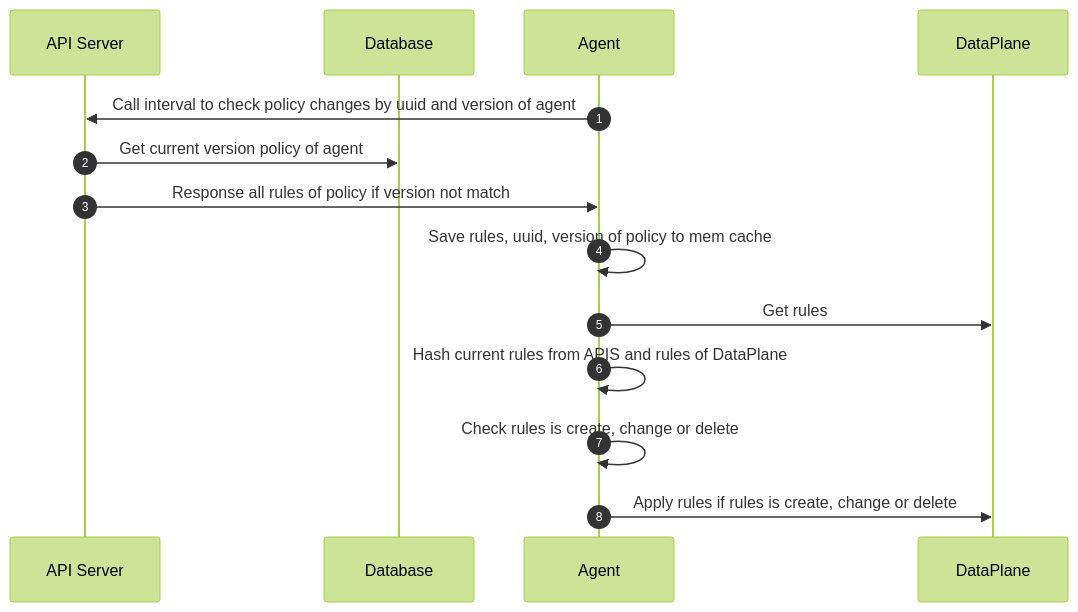
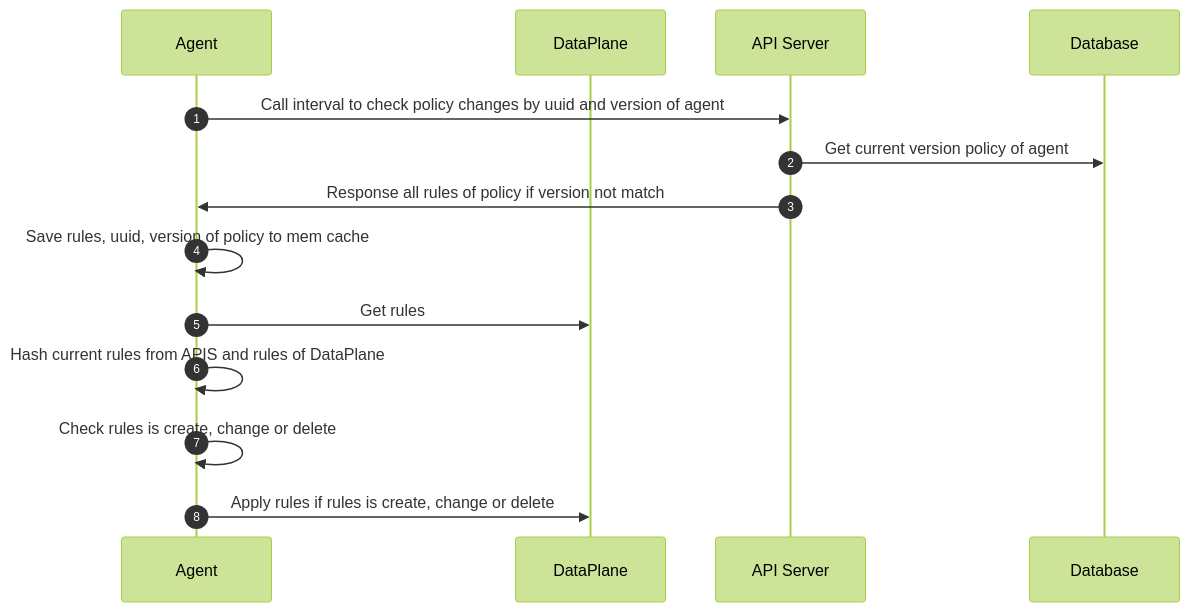
The fourth of 5 diagrams in case-studies/policy/usecase.md (bamboo-firewall/docs), drawn with Mermaid (forest theme) before and after one commit. The commit also changed other lines of this file and 1 other file, not shown here.

Commit message:
INFP-1366-components-and-flow add architecture

````diff
--- a/case-studies/policy/usecase.md
+++ b/case-studies/policy/usecase.md
@@ -42,16 +42,16 @@
 ```mermaid
 sequenceDiagram
     autonumber
+    participant Agent as Agent
+    participant DP as DataPlane
     participant APIS as API Server
     participant DB as Database
-    participant Agent as Agent
-    participant DP as DataPlane
     Agent ->> APIS: Call interval to check policy changes by uuid and version of agent
     APIS ->> DB: Get current version policy of agent
     APIS ->> Agent: Response all rules of policy if version not match
     Agent ->> Agent: Save rules, uuid, version of policy to mem cache
     Agent ->> DP: Get rules
     Agent ->> Agent: Hash current rules from APIS and rules of DataPlane
     Agent ->> Agent: Check rules is create, change or delete
     Agent ->> DP: Apply rules if rules is create, change or delete
 ```
````
